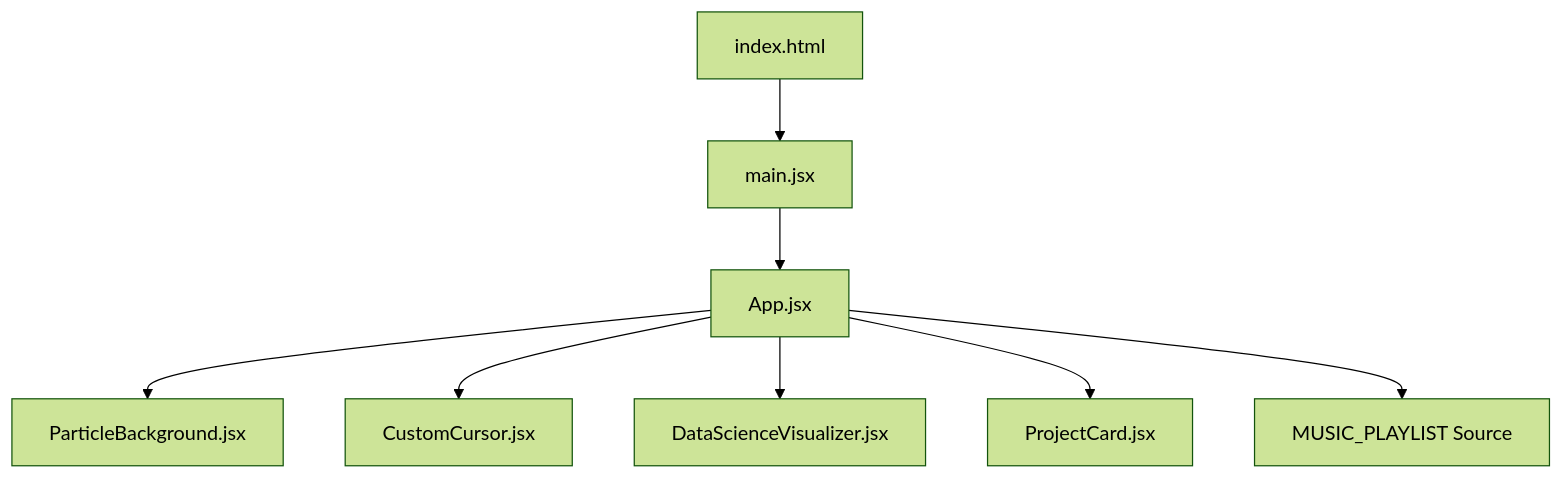
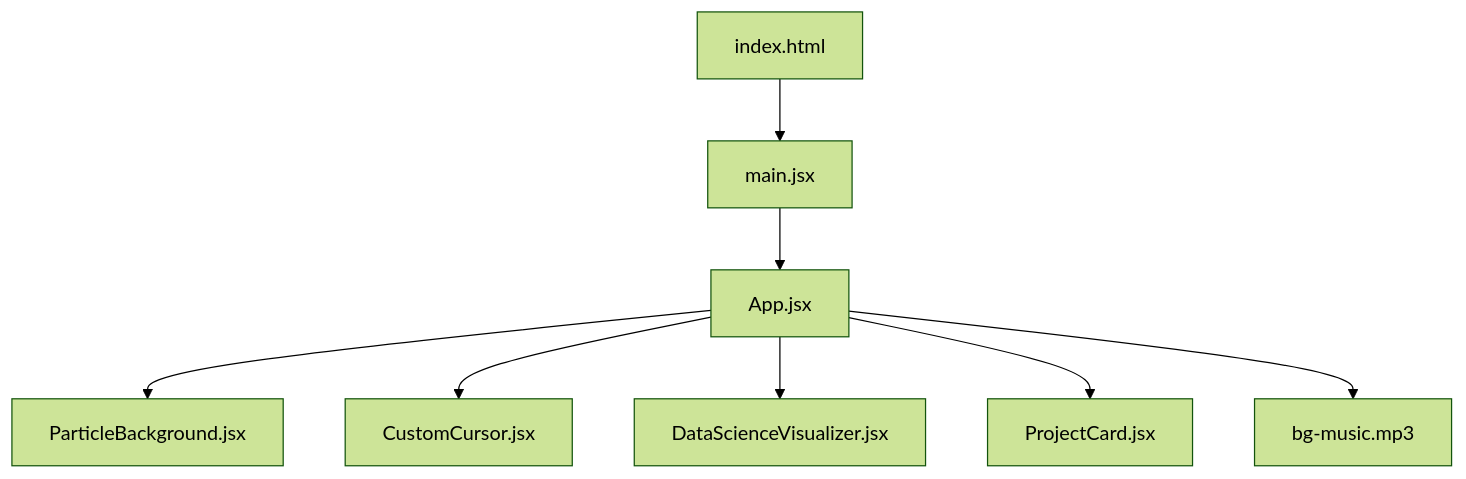
One commit to UdayPatnala/portifolio changed the diagram in README.md. Above: the diagram before and after it, drawn with Mermaid (forest theme). The commit also changed other lines of this file and 6 other files, not shown here.

````diff
--- a/README.md
+++ b/README.md
@@ -94,10 +98,10 @@
 ```mermaid
 graph TD
     A[index.html] --> B[main.jsx]
     B --> C[App.jsx]
     C --> D[ParticleBackground.jsx]
     C --> E[CustomCursor.jsx]
     C --> F[DataScienceVisualizer.jsx]
     C --> G[ProjectCard.jsx]
-    C --> H[MUSIC_PLAYLIST Source]
+    C --> H[bg-music.mp3]
 ```
````
